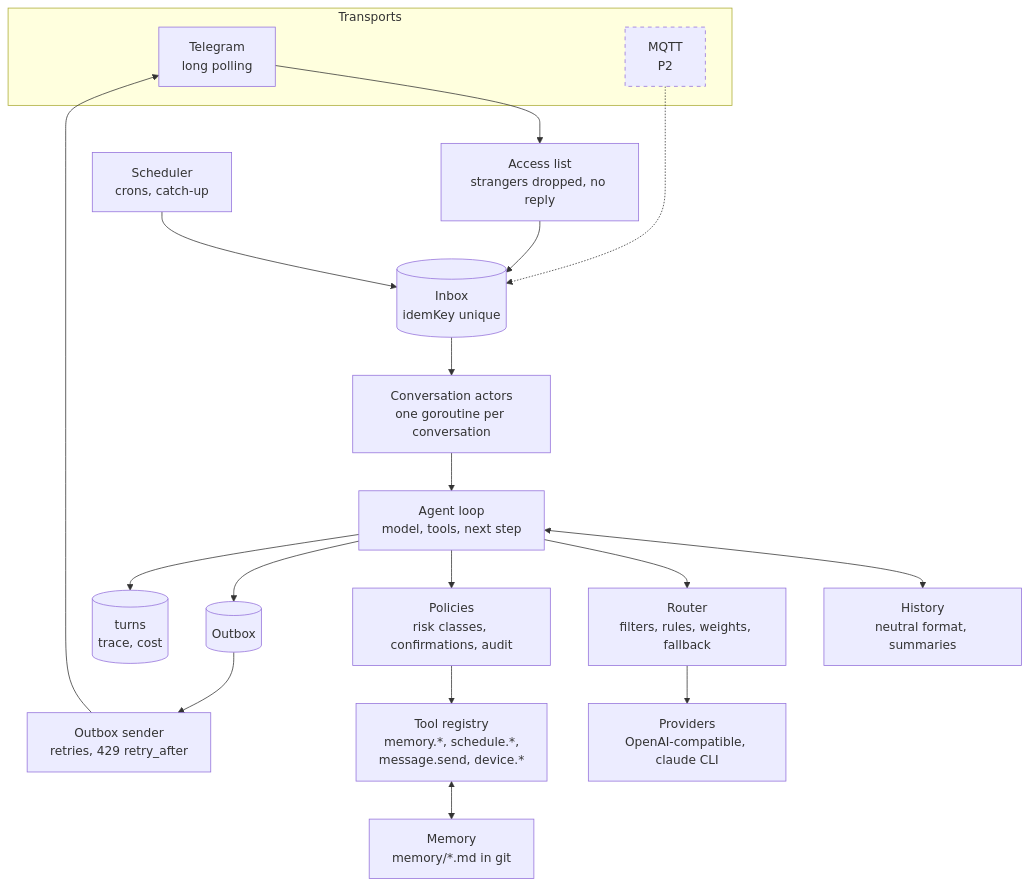
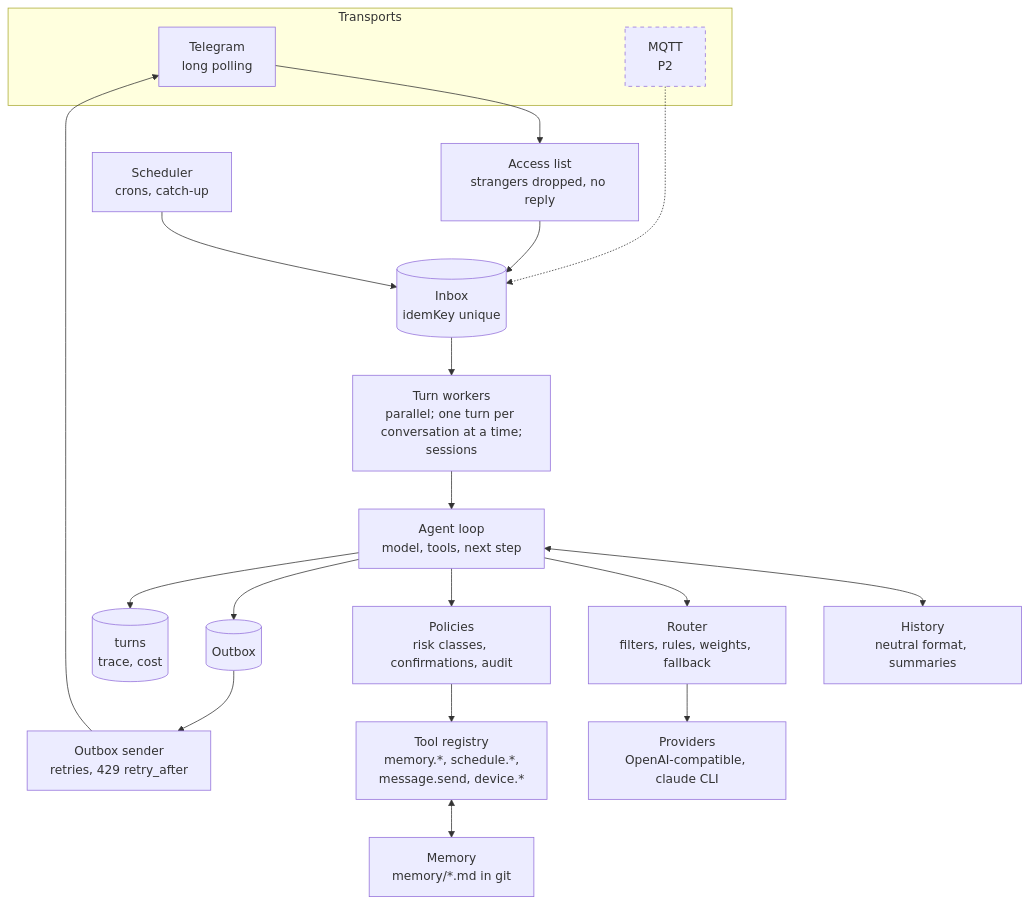
Before and after one commit to igorrius/ganglion: the first of 3 diagrams in docs/architecture/03-components.md, drawn with Mermaid. The commit also changed 4 other files, not shown here.

````diff
--- a/docs/architecture/03-components.md
+++ b/docs/architecture/03-components.md
@@ -8,42 +8,42 @@
 ```mermaid
 flowchart TB
     subgraph transports["Transports"]
         tgt["Telegram<br/>long polling"]
         mqt["MQTT<br/>P2"]
     end
 
     acl["Access list<br/>strangers dropped, no reply"]
     inbox[("Inbox<br/>idemKey unique")]
-    actors["Conversation actors<br/>one goroutine per conversation"]
+    actors["Turn workers<br/>parallel; one turn per conversation at a time;<br/>sessions"]
     loop["Agent loop<br/>model, tools, next step"]
     history["History<br/>neutral format, summaries"]
     router["Router<br/>filters, rules, weights, fallback"]
     providers["Providers<br/>OpenAI-compatible, claude CLI"]
     tools["Tool registry<br/>memory.*, schedule.*,<br/>message.send, device.*"]
     policies["Policies<br/>risk classes, confirmations, audit"]
     memory["Memory<br/>memory/*.md in git"]
     sched["Scheduler<br/>crons, catch-up"]
     outbox[("Outbox")]
     sender["Outbox sender<br/>retries, 429 retry_after"]
     turns[("turns<br/>trace, cost")]
 
     tgt --> acl
     acl --> inbox
     mqt -.-> inbox
     sched --> inbox
     inbox --> actors
     actors --> loop
     loop <--> history
     loop --> router
     router --> providers
     loop --> policies
     policies --> tools
     tools <--> memory
     loop --> outbox
     loop --> turns
     outbox --> sender
     sender --> tgt
 
     classDef planned stroke-dasharray: 5 5
     class mqt planned
 ```
````
